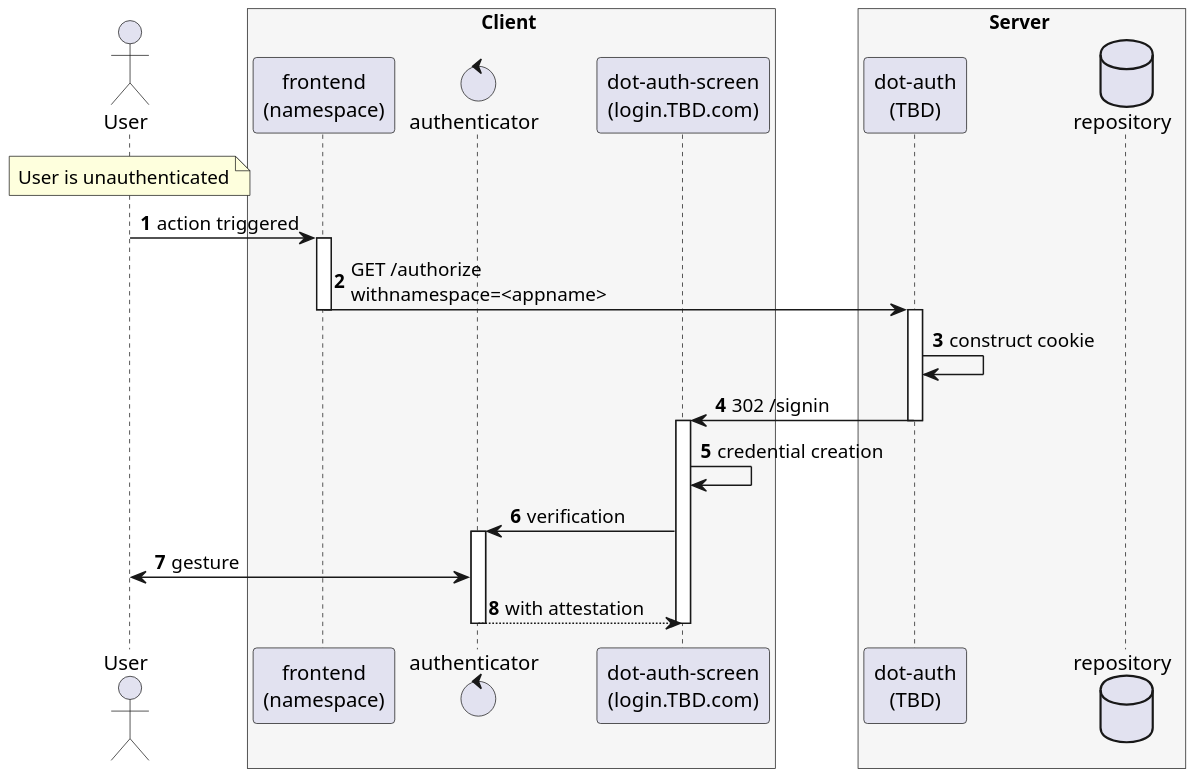
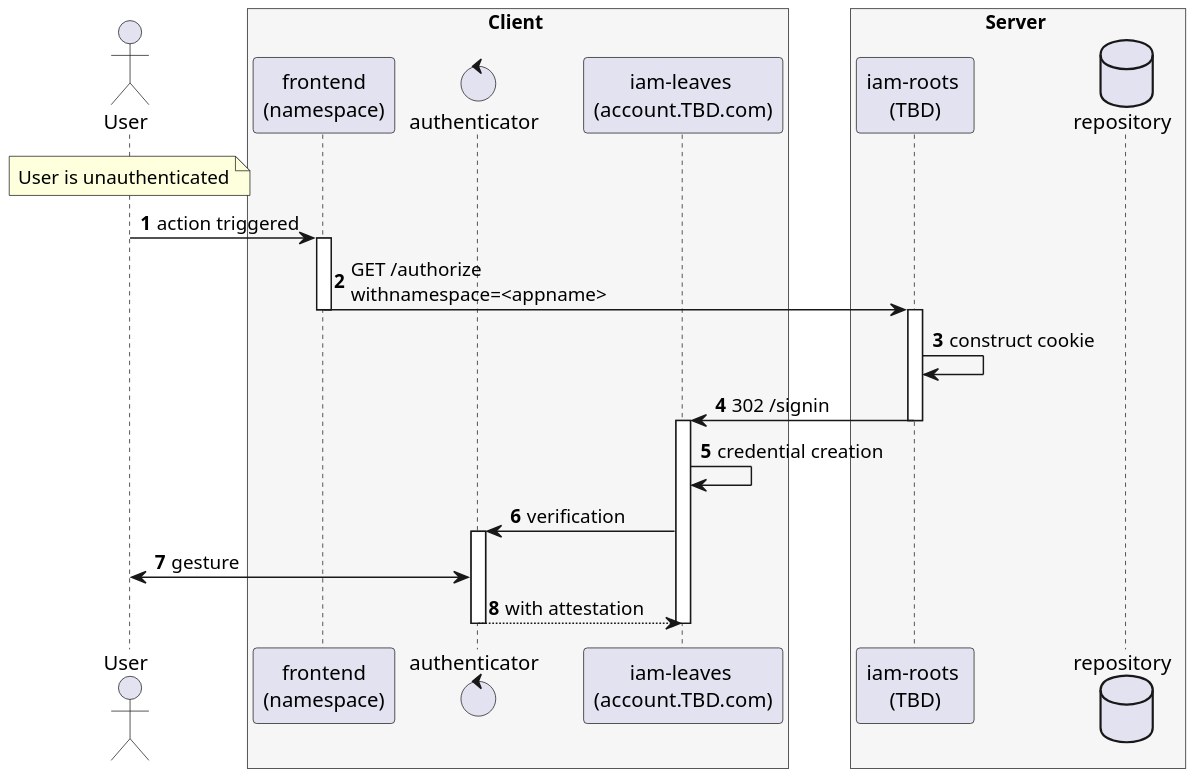
Before and after one commit to areugoh/proto: the third of 3 diagrams in proto/dot-auth/api/v1/design-doc.md, drawn with PlantUML. The commit also changed other lines of this file, not shown here.

Commit message:
change(iam): rename services & add basic structure

````diff
--- a/proto/dot-auth/api/v1/design-doc.md
+++ b/proto/dot-auth/api/v1/design-doc.md
@@ -90,55 +108,55 @@
 ```plantuml
 @startuml registration-details
 skinparam dpi 160
 skinparam monochome false
 skinparam BoxPadding 10
 
 actor User as U
 
 box Client #f6f6f6
 participant "frontend\n(namespace)" as F
 control "authenticator" as A
-participant "dot-auth-screen\n(login.TBD.com)" as DAS
+participant "iam-leaves \n(account.TBD.com)" as IAML
 end box
 
 box Server #f6f6f6
-participant "dot-auth\n(TBD)" as DA
+participant "iam-roots \n(TBD)" as IAMR
 database "repository" as R
 end box
 
 autonumber
 
 note over U
 User is unauthenticated
 end note
 
 
 U -> F: action triggered
 
 
 activate F
-F -> DA: GET /authorize \nwithnamespace=<appname>
+F -> IAMR: GET /authorize \nwithnamespace=<appname>
 deactivate F
 
 
-activate DA
-DA -> DA: construct cookie
-DA -> DAS: 302 /signin
-deactivate DA
+activate IAMR
+IAMR -> IAMR: construct cookie
+IAMR -> IAML: 302 /signin
+deactivate IAMR
 
 
-activate DAS
+activate IAML
 
 
 
-DAS -> DAS: credential creation
-DAS -> A: verification
+IAML -> IAML: credential creation
+IAML -> A: verification
 activate A
 A <-> U: gesture
-A --> DAS: with attestation
+A --> IAML: with attestation
 deactivate A
 
 
 
-deactivate DAS
+deactivate IAML
 ```
````
